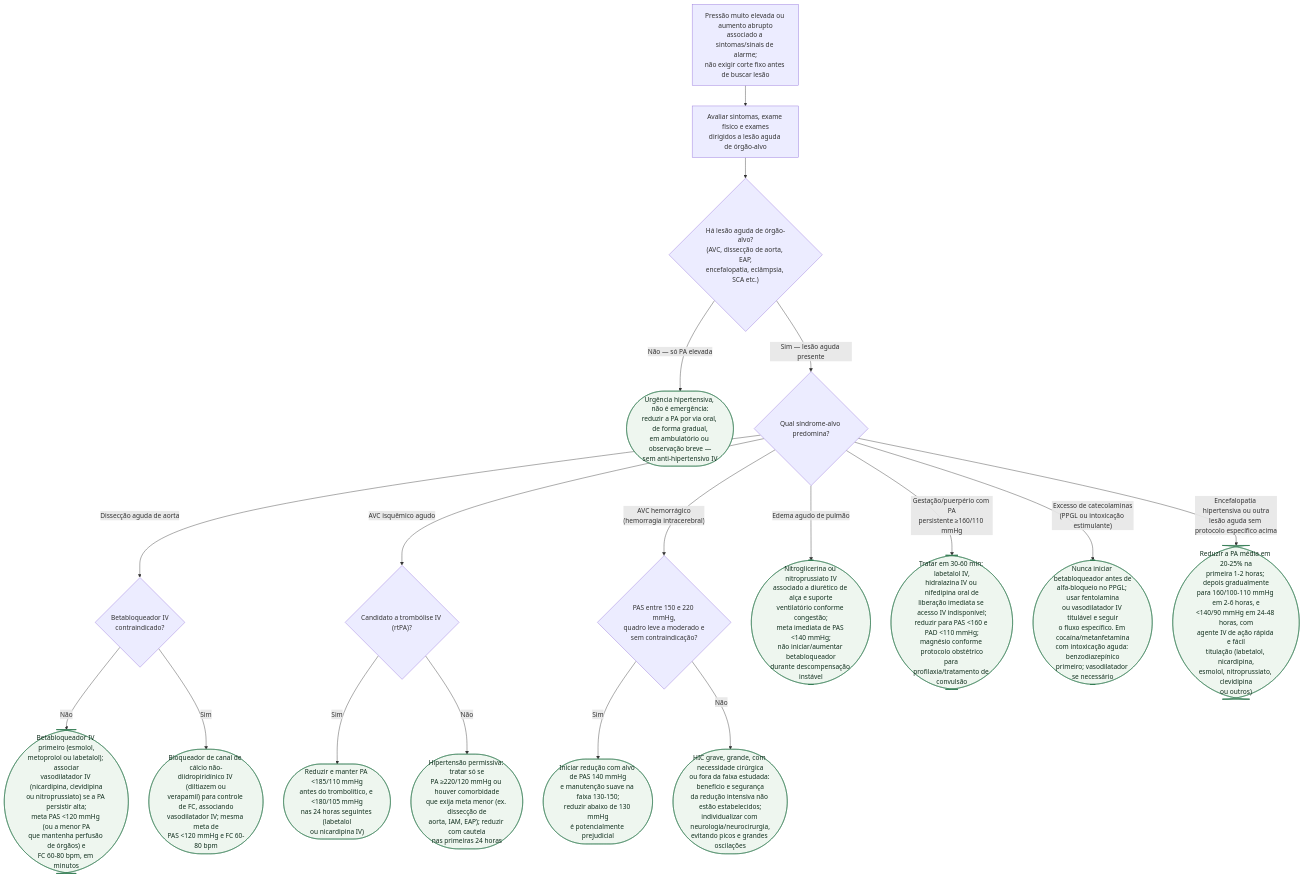
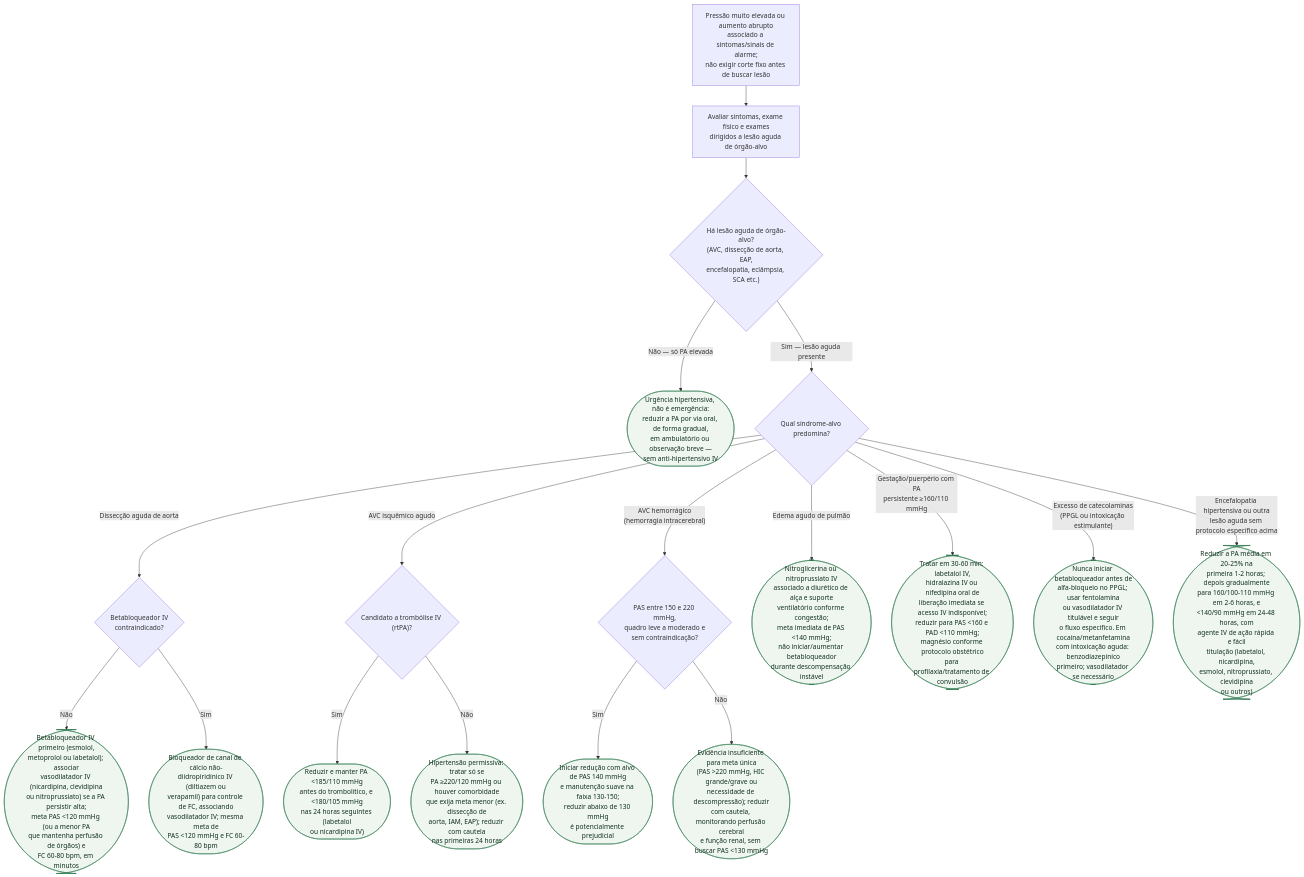
One commit to rafaelpaesmeirelles/MeuCardio changed the diagram in content/Hipertensão/fluxograma-emergencia-hipertensiva.md. Above: the diagram before and after it, drawn with Mermaid. The commit also changed other lines of this file and 22 other files, not shown here.

````diff
--- a/content/Hipertensão/fluxograma-emergencia-hipertensiva.md
+++ b/content/Hipertensão/fluxograma-emergencia-hipertensiva.md
@@ -25,40 +25,40 @@
 ```mermaid
 flowchart TD
   R0["Pressão muito elevada ou aumento abrupto<br/>associado a sintomas/sinais de alarme;<br/>não exigir corte fixo antes de buscar lesão"]
   R0 --> P1["Avaliar sintomas, exame físico e exames<br/>dirigidos a lesão aguda de órgão-alvo"]
 
   P1 --> D1{"Há lesão aguda de órgão-alvo?<br/>(AVC, dissecção de aorta, EAP,<br/>encefalopatia, eclâmpsia, SCA etc.)"}
 
   D1 -->|"Não — só PA elevada"| C1(["Urgência hipertensiva, não é emergência:<br/>reduzir a PA por via oral, de forma gradual,<br/>em ambulatório ou observação breve —<br/>sem anti-hipertensivo IV"])
 
   D1 -->|"Sim — lesão aguda presente"| D2{"Qual síndrome-alvo predomina?"}
 
   D2 -->|"Dissecção aguda de aorta"| D3{"Betabloqueador IV<br/>contraindicado?"}
 
   D3 -->|"Não"| C2(["Betabloqueador IV primeiro (esmolol,<br/>metoprolol ou labetalol); associar<br/>vasodilatador IV (nicardipina, clevidipina<br/>ou nitroprussiato) se a PA persistir alta;<br/>meta PAS <120 mmHg (ou a menor PA<br/>que mantenha perfusão de órgãos) e<br/>FC 60-80 bpm, em minutos"])
 
   D3 -->|"Sim"| C3(["Bloqueador de canal de cálcio não-<br/>diidropiridínico IV (diltiazem ou<br/>verapamil) para controle de FC, associando<br/>vasodilatador IV; mesma meta de<br/>PAS <120 mmHg e FC 60-80 bpm"])
 
   D2 -->|"AVC isquêmico agudo"| D4{"Candidato a trombólise IV (rtPA)?"}
 
   D4 -->|"Sim"| C4(["Reduzir e manter PA <185/110 mmHg<br/>antes do trombolítico, e <180/105 mmHg<br/>nas 24 horas seguintes (labetalol<br/>ou nicardipina IV)"])
 
   D4 -->|"Não"| C5(["Hipertensão permissiva: tratar só se<br/>PA ≥220/120 mmHg ou houver comorbidade<br/>que exija meta menor (ex. dissecção de<br/>aorta, IAM, EAP); reduzir com cautela<br/>nas primeiras 24 horas"])
 
   D2 -->|"AVC hemorrágico<br/>(hemorragia intracerebral)"| D5{"PAS entre 150 e 220 mmHg,<br/>quadro leve a moderado e<br/>sem contraindicação?"}
 
   D5 -->|"Sim"| C6(["Iniciar redução com alvo de PAS 140 mmHg<br/>e manutenção suave na faixa 130-150;<br/>reduzir abaixo de 130 mmHg<br/>é potencialmente prejudicial"])
 
-  D5 -->|"Não"| C7(["HIC grave, grande, com necessidade cirúrgica<br/>ou fora da faixa estudada: benefício e segurança<br/>da redução intensiva não estão estabelecidos;<br/>individualizar com neurologia/neurocirurgia,<br/>evitando picos e grandes oscilações"])
+  D5 -->|"Não"| C7(["Evidência insuficiente para meta única<br/>(PAS >220 mmHg, HIC grande/grave ou<br/>necessidade de descompressão); reduzir<br/>com cautela, monitorando perfusão cerebral<br/>e função renal, sem buscar PAS <130 mmHg"])
 
   D2 -->|"Edema agudo de pulmão"| C8(["Nitroglicerina ou nitroprussiato IV<br/>associado a diurético de alça e suporte<br/>ventilatório conforme congestão;<br/>meta imediata de PAS <140 mmHg;<br/>não iniciar/aumentar betabloqueador<br/>durante descompensação instável"])
 
   D2 -->|"Gestação/puerpério com PA<br/>persistente ≥160/110 mmHg"| C9(["Tratar em 30-60 min: labetalol IV,<br/>hidralazina IV ou nifedipina oral de<br/>liberação imediata se acesso IV indisponível;<br/>reduzir para PAS <160 e PAD <110 mmHg;<br/>magnésio conforme protocolo obstétrico<br/>para profilaxia/tratamento de convulsão"])
 
   D2 -->|"Excesso de catecolaminas<br/>(PPGL ou intoxicação estimulante)"| C10(["Nunca iniciar betabloqueador antes de<br/>alfa-bloqueio no PPGL; usar fentolamina<br/>ou vasodilatador IV titulável e seguir<br/>o fluxo específico. Em cocaína/metanfetamina<br/>com intoxicação aguda: benzodiazepínico<br/>primeiro; vasodilatador se necessário"])
 
   D2 -->|"Encefalopatia hipertensiva ou outra<br/>lesão aguda sem protocolo específico acima"| C11(["Reduzir a PA média em 20-25% na<br/>primeira 1-2 horas; depois gradualmente<br/>para 160/100-110 mmHg em 2-6 horas, e<br/><140/90 mmHg em 24-48 horas, com<br/>agente IV de ação rápida e fácil<br/>titulação (labetalol, nicardipina,<br/>esmolol, nitroprussiato, clevidipina<br/>ou outros)"])
 
   classDef conduta fill:#eef6ef,stroke:#2f7a4f,color:#12301f;
   class C1,C2,C3,C4,C5,C6,C7,C8,C9,C10,C11 conduta;
 ```
````
